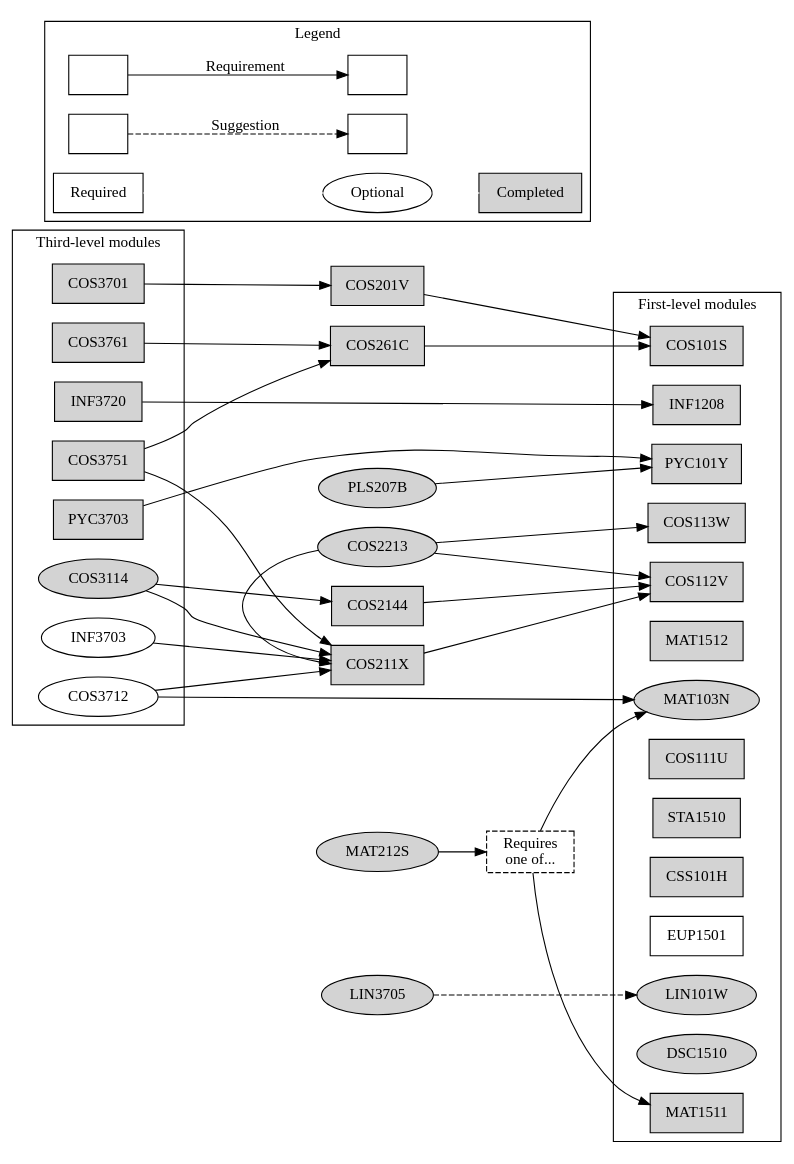
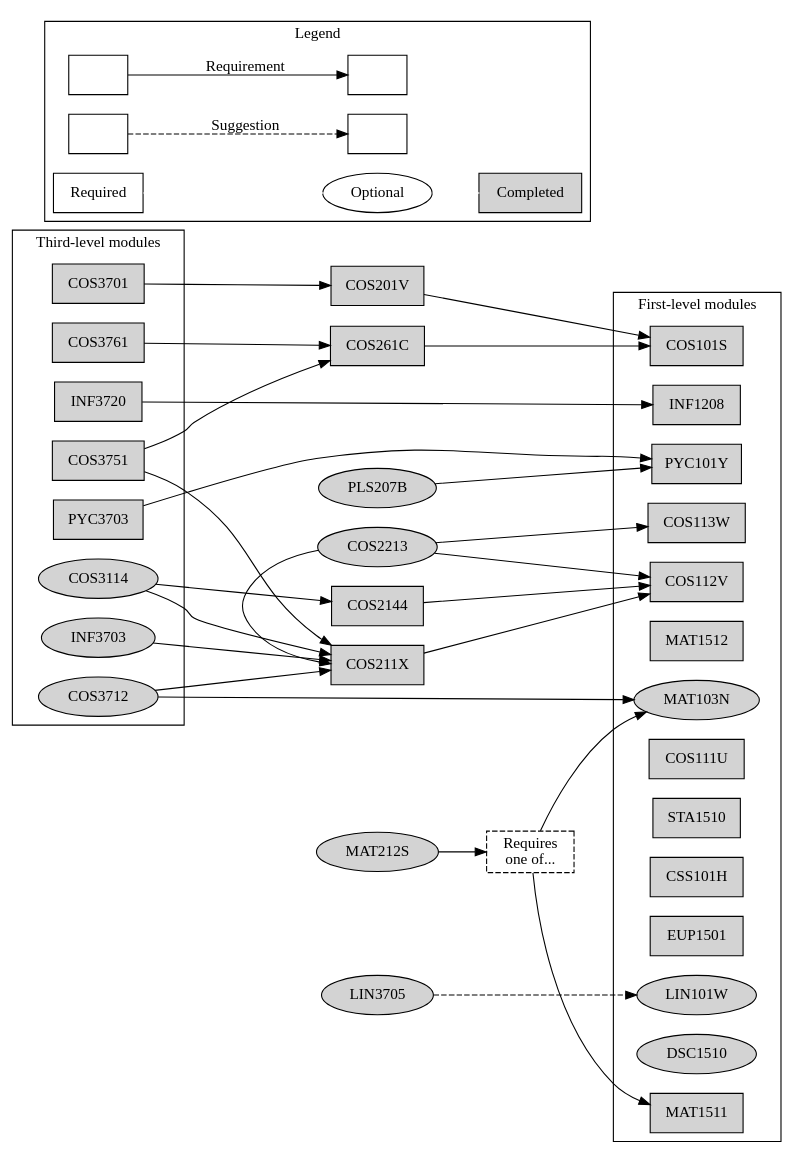
Before and after one commit to apauley/unisa-module-graph: the diagram in ComputationalIntelligence.dot, drawn with Graphviz. The commit also changed 1 other file, not shown here.

```diff
--- a/ComputationalIntelligence.dot
+++ b/ComputationalIntelligence.dot
@@ -1,86 +1,86 @@
 digraph ComputationalIntelligence {
     node [shape=box];
     rankdir=LR;
 
     subgraph cluster3 {
         label = "Third-level modules";
 
         {rank=same;
         COS3701 [style=filled]
         INF3720 [style=filled]
         COS3751 [style=filled]
         COS3761 [style=filled]
         PYC3703 [style=filled]}
 
         {rank=same; node [shape=ellipse];
         COS3114 [style=filled]
-        COS3712
-        INF3703}
+        COS3712 [style=filled]
+        INF3703 [style=filled]}
     }
 
     {rank=same; node [style=filled];
     COS201V COS211X COS261C COS2144}
 
     {rank=same; node [style=filled]; node [shape=ellipse];
     PLS207B MAT212S COS2213 LIN3705}
 
     MAT103OR151 [label="Requires\none of...", style=dashed];
 
     subgraph cluster1 {
         label = "First-level modules";
 
         {rank=same;
         {node [style=filled];
               COS101S COS112V COS113W INF1208 MAT1511 MAT1512
               PYC101Y COS111U STA1510 CSS101H}
-        EUP1501}
+        EUP1501 [style=filled]}
 
         {rank=same; node [shape=ellipse];
             {node [style=filled];
                 MAT103N DSC1510 LIN101W}}
     }
 
 
     subgraph cluster0 {
         rankdir=LR;
         label = "Legend";
 
         Module1 [label=""];
         Module2 [label=""];
         Module3 [label=""];
         Module4 [label=""];
         Module2 -> Module1 [label="Requirement"]
         Module4 -> Module3 [label="Suggestion", style=dashed]
 
         Required;
         Completed [style=filled];
         Optional [shape=ellipse];
         Required -> Optional [color=white];
         Optional -> Completed [color=white];
     }
 
 
     COS3701 -> {COS201V}
     INF3720 -> {INF1208}
     COS3751 -> {COS211X COS261C}
     COS3761 -> {COS261C}
     PYC3703 -> {PYC101Y}
 
     COS3114 -> {COS211X COS2144}
     INF3703 -> {COS211X}
     COS3712 -> {COS211X MAT103N}
 
 
     COS201V -> {COS101S}
     COS211X -> {COS112V}
     COS261C -> {COS101S}
     COS2144 -> {COS112V}
 
     {rank=same; COS2213 COS211X}
     COS2213 -> {COS112V COS113W}
     COS2213 -> {COS211X}
     MAT212S -> {MAT103OR151}
     MAT103OR151 -> {MAT103N MAT1511}
     LIN3705 -> {LIN101W} [style=dashed]
     PLS207B -> {PYC101Y}
 }
```
